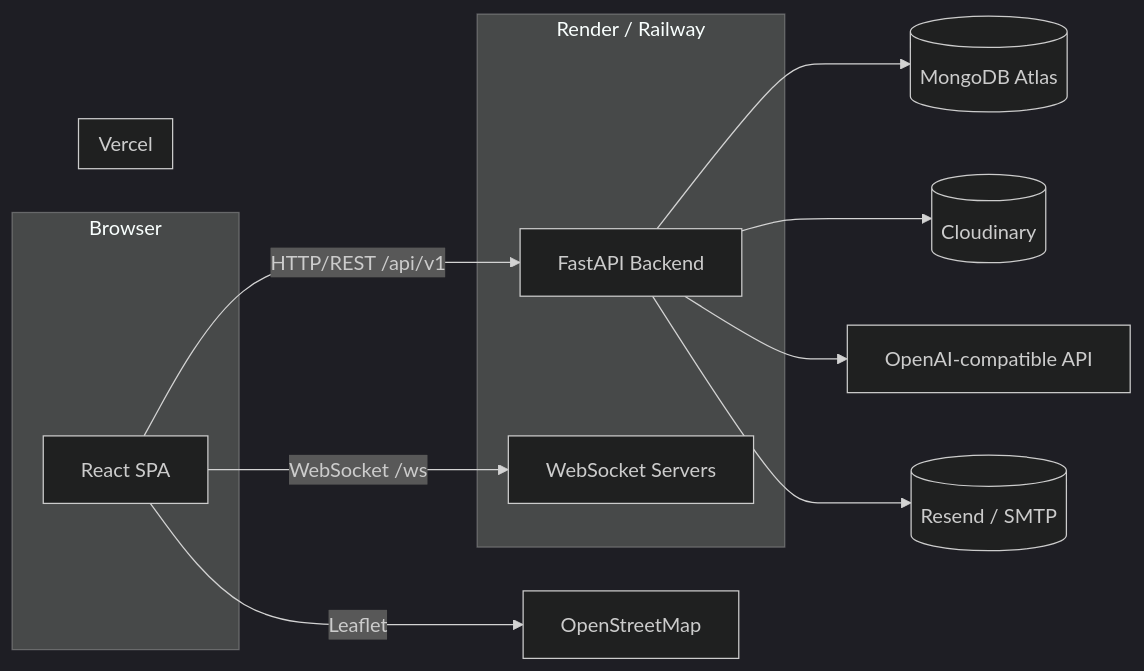
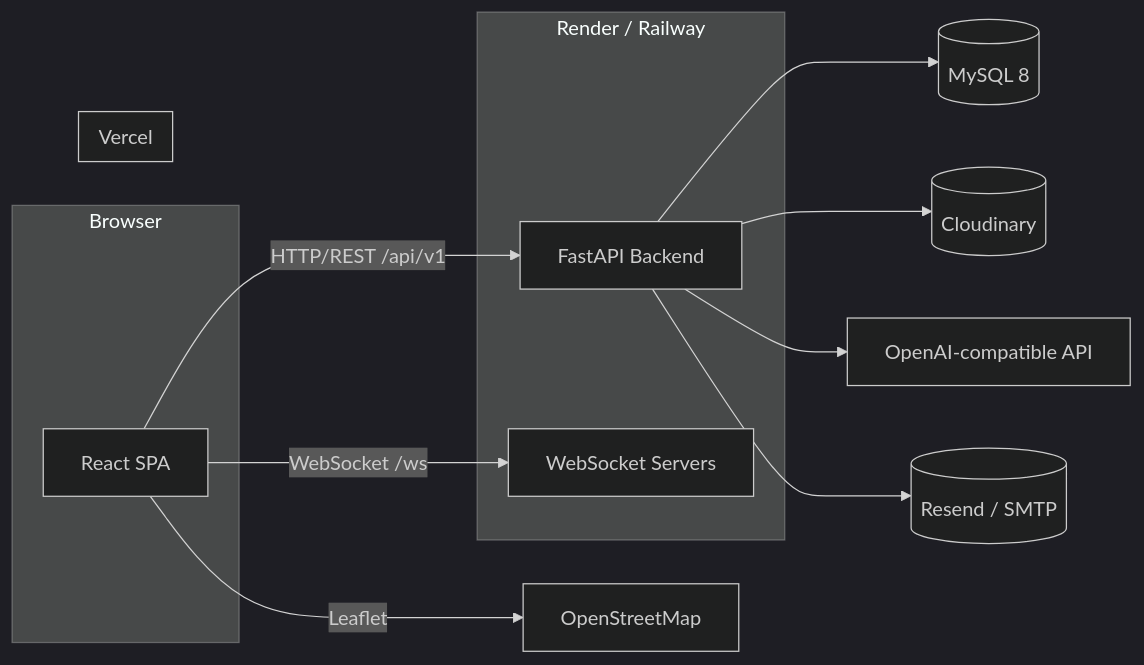
Before and after one commit to shreyasadawarti/legal-connect: the diagram in docs/architecture.md, drawn with Mermaid (dark theme). The commit also changed other lines of this file and 60 other files, not shown here.

First line of the commit message:
﻿Migrate from MongoDB to MySQL with async SQLAlchemy

````diff
--- a/docs/architecture.md
+++ b/docs/architecture.md
@@ -5,20 +5,20 @@
 ```mermaid
 flowchart LR
     subgraph Browser
         R[React SPA]
     end
     subgraph Vercel
         R
     end
     subgraph Render / Railway
         API[FastAPI Backend]
         WS[WebSocket Servers]
     end
     R -->|HTTP/REST /api/v1| API
     R -->|WebSocket /ws| WS
-    API --> M[(MongoDB Atlas)]
+    API --> M[(MySQL 8)]
     API --> C[(Cloudinary)]
     API --> AI[OpenAI-compatible API]
     API --> EM[(Resend / SMTP)]
     R -->|Leaflet| OSM[OpenStreetMap]
 ```
````
